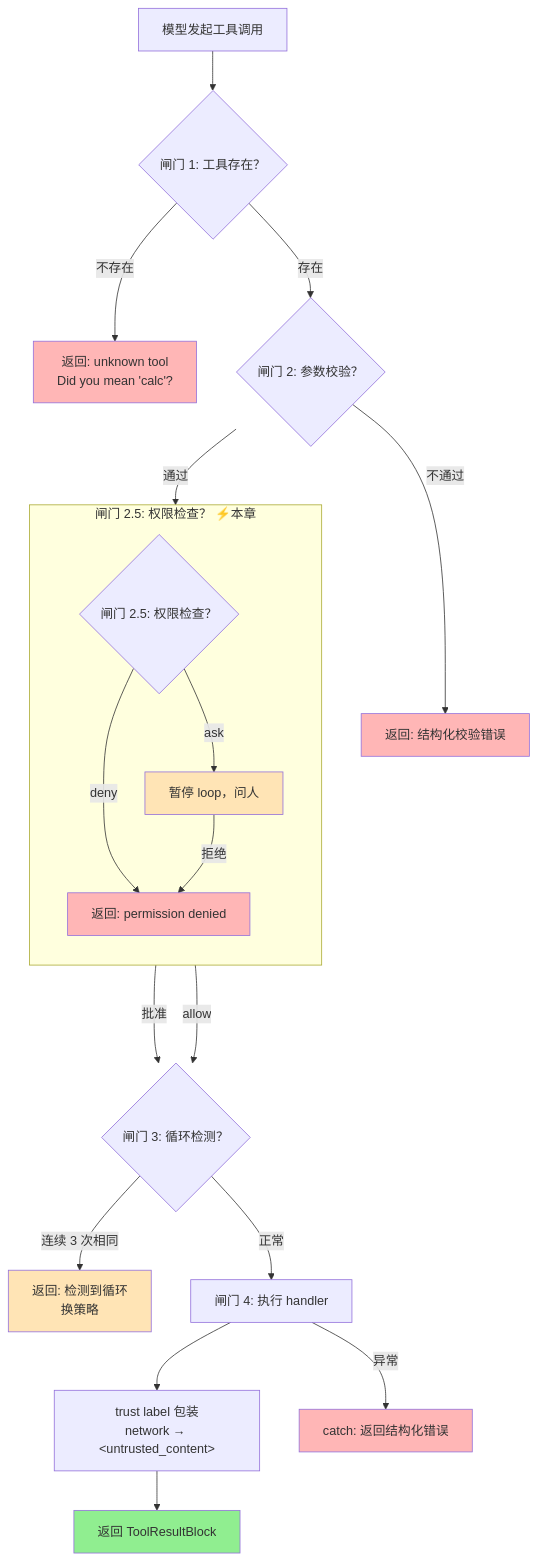
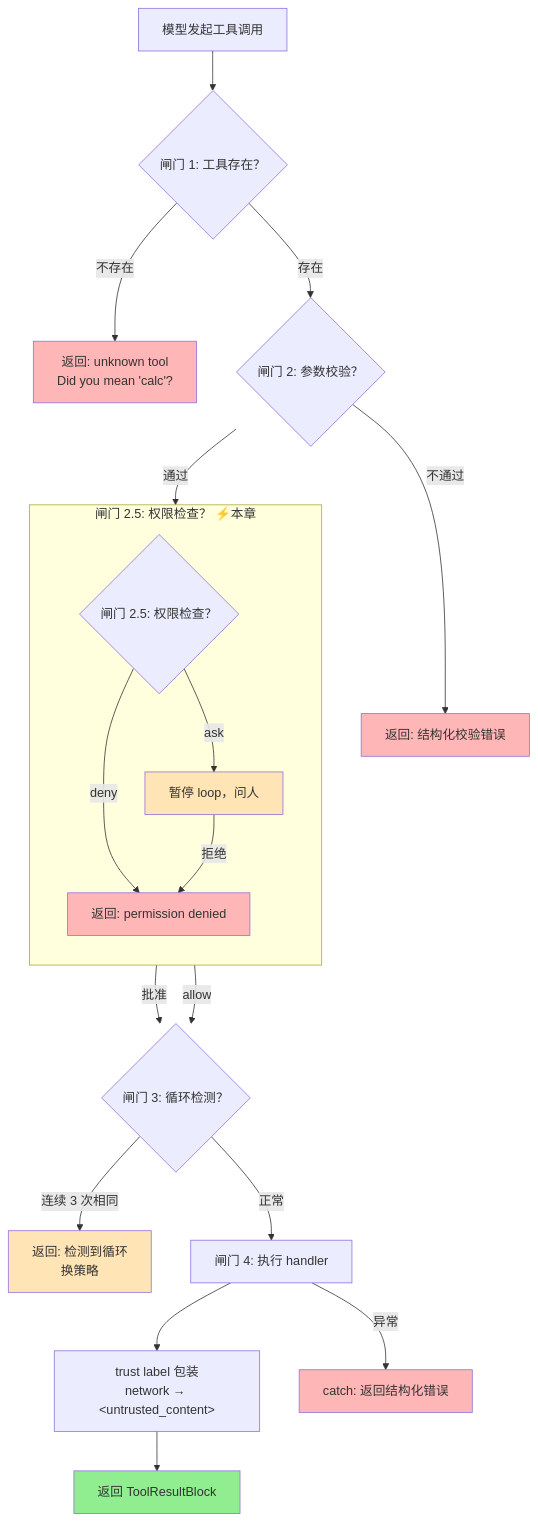
One commit to erichow/agent-harness changed the first of 2 diagrams in docs/ch14-sandbox-permissions.md. Above: the diagram before and after it, drawn with Mermaid.

Commit message:
ch14: fix mermaid syntax G25_Ask arrow (--- → --)

````diff
--- a/docs/ch14-sandbox-permissions.md
+++ b/docs/ch14-sandbox-permissions.md
@@ -38,37 +38,37 @@
 ```mermaid
 flowchart TD
     Call["模型发起工具调用"]
     Call --> G1
 
     G1{"闸门 1: 工具存在？"}
     G1 -->|不存在| G1_Error["返回: unknown tool<br/>Did you mean 'calc'?"]
     G1 -->|存在| G2{"闸门 2: 参数校验？"}
 
     G2 -->|不通过| G2_Error["返回: 结构化校验错误"]
     
     G2 -->|通过| G25{"闸门 2.5: 权限检查？"}
 		subgraph "闸门 2.5: 权限检查？  ⚡本章"
         direction TB
         G25 -->|deny| G25_Deny["返回: permission denied"]
         G25 -->|ask| G25_Ask["暂停 loop，问人"]
         G25_Ask -->|拒绝| G25_Deny
     end
-    G25_Ask --->|批准| G3
+    G25_Ask -->|批准| G3
 
     G25 -->|allow| G3{"闸门 3: 循环检测？"}
 
     G3 -->|连续 3 次相同| G3_Loop["返回: 检测到循环<br/>换策略"]
     G3 -->|正常| G4["闸门 4: 执行 handler"]
 
     G4 --> Trust["trust label 包装<br/>network → &lt;untrusted_content&gt;"]
     Trust --> OK["返回 ToolResultBlock"]
     G4 -->|异常| Error["catch: 返回结构化错误"]
 
     style G1_Error fill:#FFB6B6
     style G2_Error fill:#FFB6B6
     style G25_Deny fill:#FFB6B6
     style G25_Ask fill:#FFE4B5
     style G3_Loop fill:#FFE4B5
     style OK fill:#90EE90
     style Error fill:#FFB6B6
 ```
````
